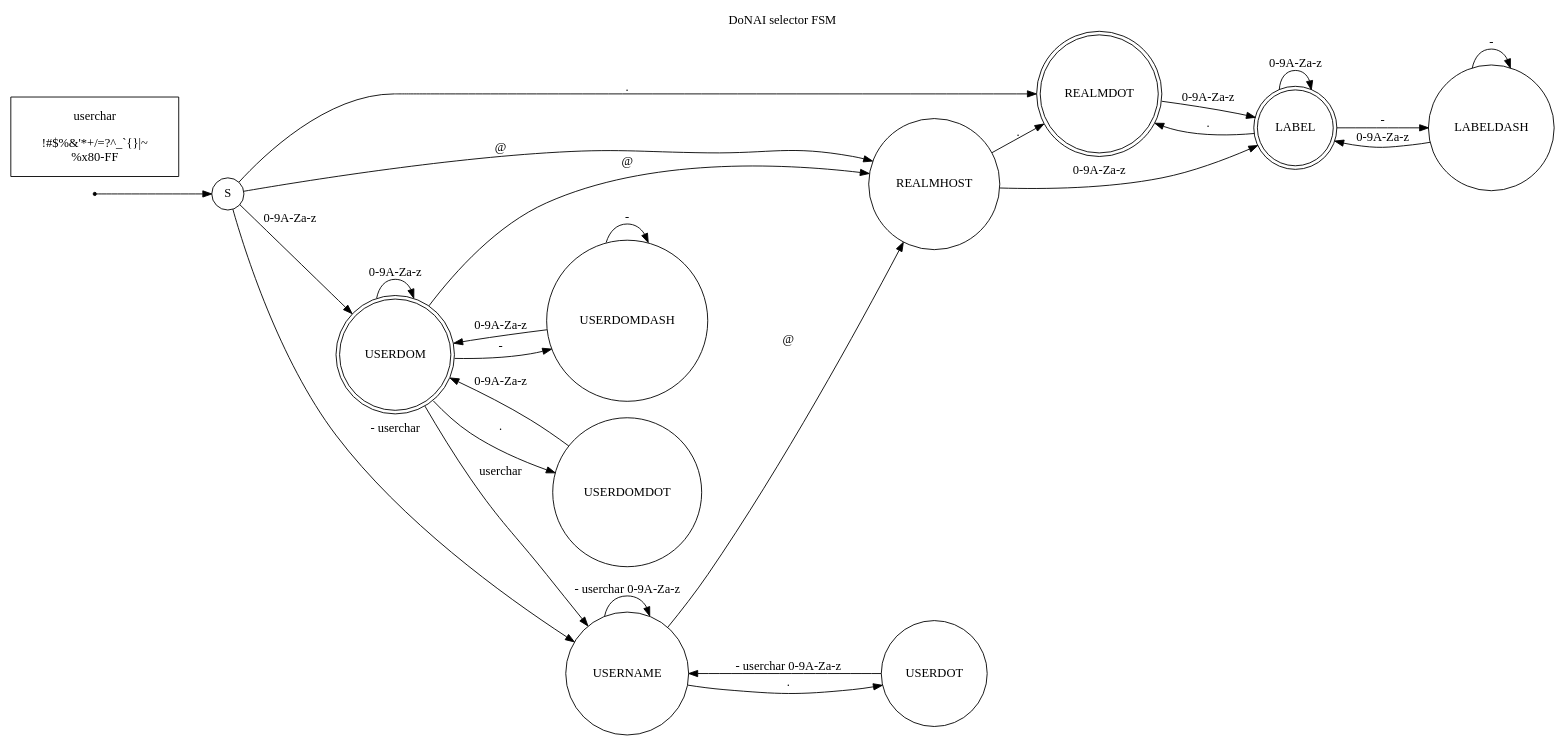
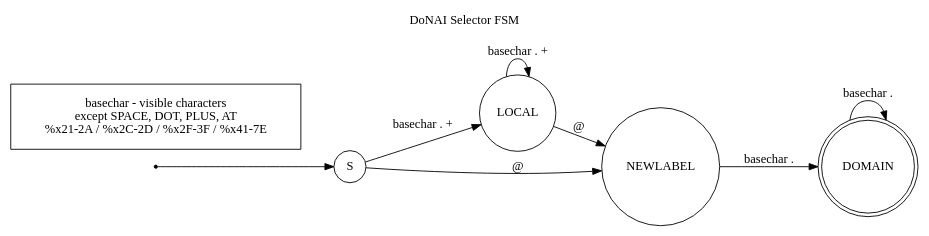
The diagram in doc/design/donaiselfsm.gv (arpa2/libarpa2service), drawn with Graphviz before and after one commit. The commit also changed 1 other file, not shown here.

Commit message:
simplify donai selector fsm

```diff
--- a/doc/design/donaiselfsm.gv
+++ b/doc/design/donaiselfsm.gv
@@ -1,48 +1,30 @@
 digraph finite_state_machine {
 	rankdir=LR
 	node [shape = doublecircle];
-		USERDOM;
-		REALMDOT;
-		LABEL;
+		DOMAIN;
 
 	node [shape = point ];
 		qi
 
 	node [shape = circle];
 		qi	-> S;
 
-		/* First do realm. */
-		S	-> USERDOM [ label = "0-9A-Za-z" ];
-		S	-> REALMHOST [ label = "@" ];
-		S	-> REALMDOT [ label = "." ];
-		USERDOM	-> REALMHOST [ label = "@" ];
-		USERDOM	-> USERDOM [ label = "0-9A-Za-z" ];
-		USERDOM	-> USERNAME [ label = "userchar" ];
-		USERDOM	-> USERDOMDOT [ label = "." ];
-		USERDOMDOT	-> USERDOM [ label = "0-9A-Za-z" ];
-		USERDOM	-> USERDOMDASH [ label = "-" ];
-		USERDOMDASH	-> USERDOMDASH [ label = "-" ];
-		USERDOMDASH	-> USERDOM [ label = "0-9A-Za-z" ];
-		REALMHOST	-> LABEL [ label = "0-9A-Za-z" ];
-		REALMHOST	-> REALMDOT [ label = "." ];
-		REALMDOT	-> LABEL [ label = "0-9A-Za-z" ];
-		LABEL	-> LABEL [ label = "0-9A-Za-z" ];
-		LABEL	-> LABELDASH [ label = "-" ];
-		LABELDASH	-> LABELDASH [ label = "-" ];
-		LABELDASH	-> LABEL [ label = "0-9A-Za-z" ];
-		LABEL	-> REALMDOT [ label = "." ];
+		/* local or domain part */
+		S	-> LOCAL [ label = "basechar . +" ];
+		S	-> NEWLABEL [ label = "@" ];
 
-		/* Then username. */
-		S	-> USERNAME [ label = "- userchar" ];
-		USERNAME	-> USERNAME [ label = "- userchar 0-9A-Za-z" ];
-		USERNAME	-> USERDOT [ label = "." ];
-		USERDOT	-> USERNAME [ label = "- userchar 0-9A-Za-z" ];
-		USERNAME	-> REALMHOST [ label = "@" ];
+		/* local */
+		LOCAL	-> LOCAL [ label = "basechar . +" ];
+		LOCAL	-> NEWLABEL [ label = "@" ];
+
+		/* domain */
+		NEWLABEL	-> DOMAIN [ label = "basechar ." ];
+		DOMAIN	-> DOMAIN [ label = "basechar ." ];
 
 	node[ shape=box, margin="0.2,0.2" ];
-		userchar[ label = "userchar \n\n!#$%&'*+/=?^_`{}|~\n%x80-FF\n" ];
+		basechar[ label = "basechar - visible characters\nexcept SPACE, DOT, PLUS, AT \n%x21-2A / %x2C-2D / %x2F-3F / %x41-7E" ];
 
 	// title
 	labelloc="t";
-	label="DoNAI selector FSM";
+	label="DoNAI Selector FSM\n\n";
 }
```
